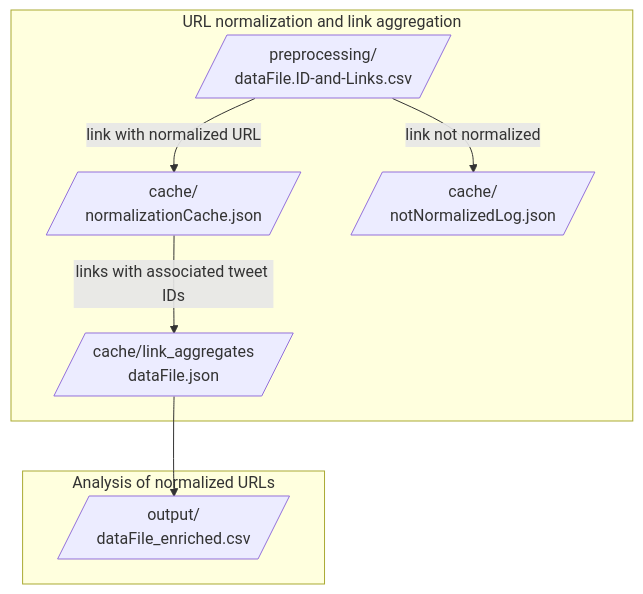
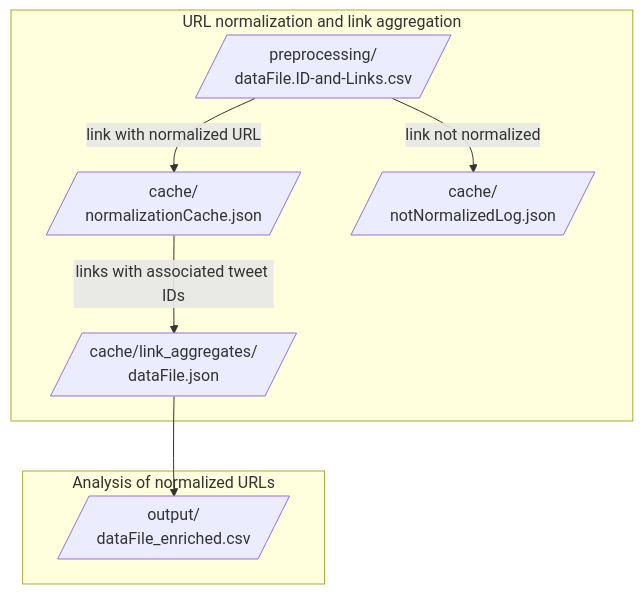
One commit to kat-kel/cactus-robot changed the diagram in README.md. Above: the diagram before and after it, drawn with Mermaid. The commit also changed other lines of this file, not shown here.

````diff
--- a/README.md
+++ b/README.md
@@ -78,12 +79,12 @@
 ```mermaid
 flowchart TD
 subgraph URL normalization and link aggregation
     input[/preprocessing/\ndataFile.ID-and-Links.csv/]
     input-->|link with normalized URL|cache[/cache/\nnormalizationCache.json/]
     input-->|link not normalized|log[/cache/\nnotNormalizedLog.json/]
-    cache-->|links with associated tweet IDs|aggregate[/cache/link_aggregates\ndataFile.json/]
+    cache-->|links with associated tweet IDs|aggregate[/cache/link_aggregates/\ndataFile.json/]
 end
 subgraph Analysis of normalized URLs
     aggregate-->outfile[/output/\ndataFile_enriched.csv/]
 end
 ```
````
